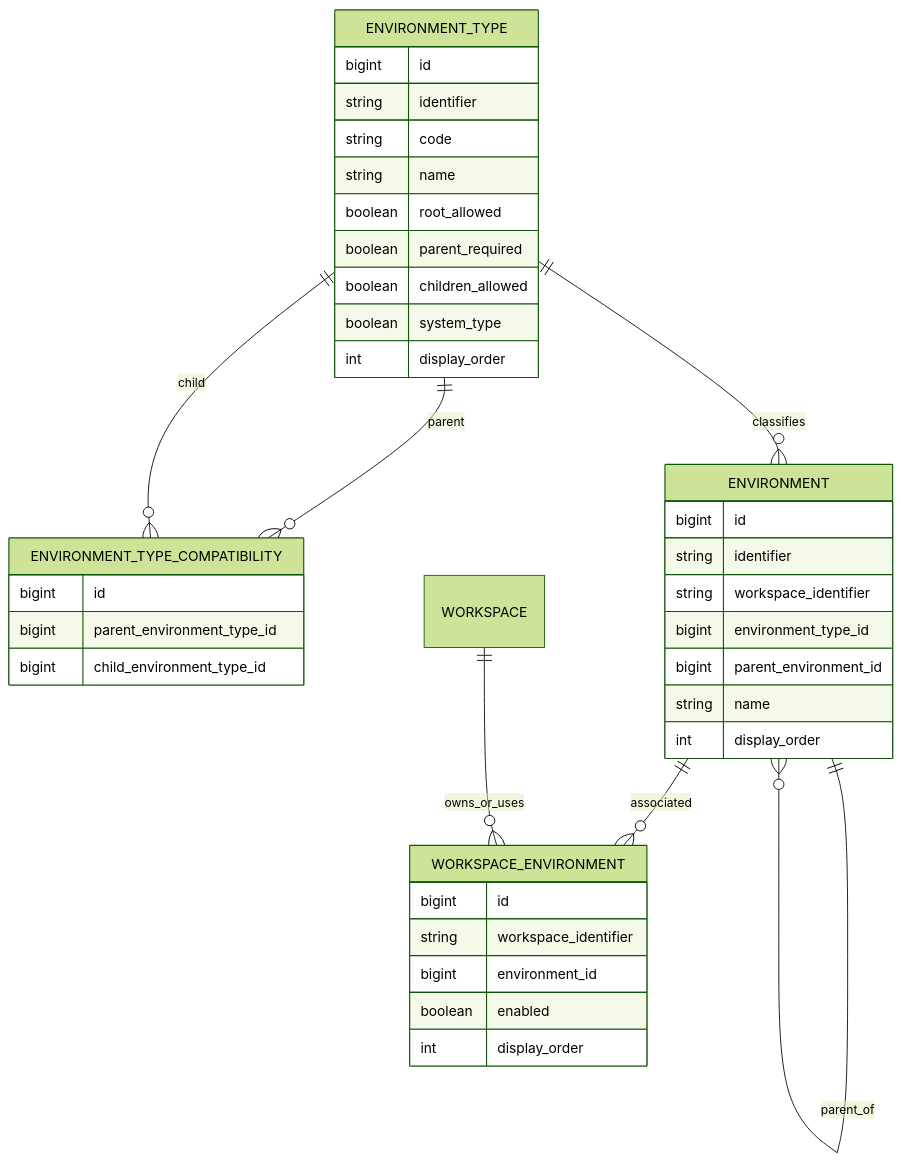
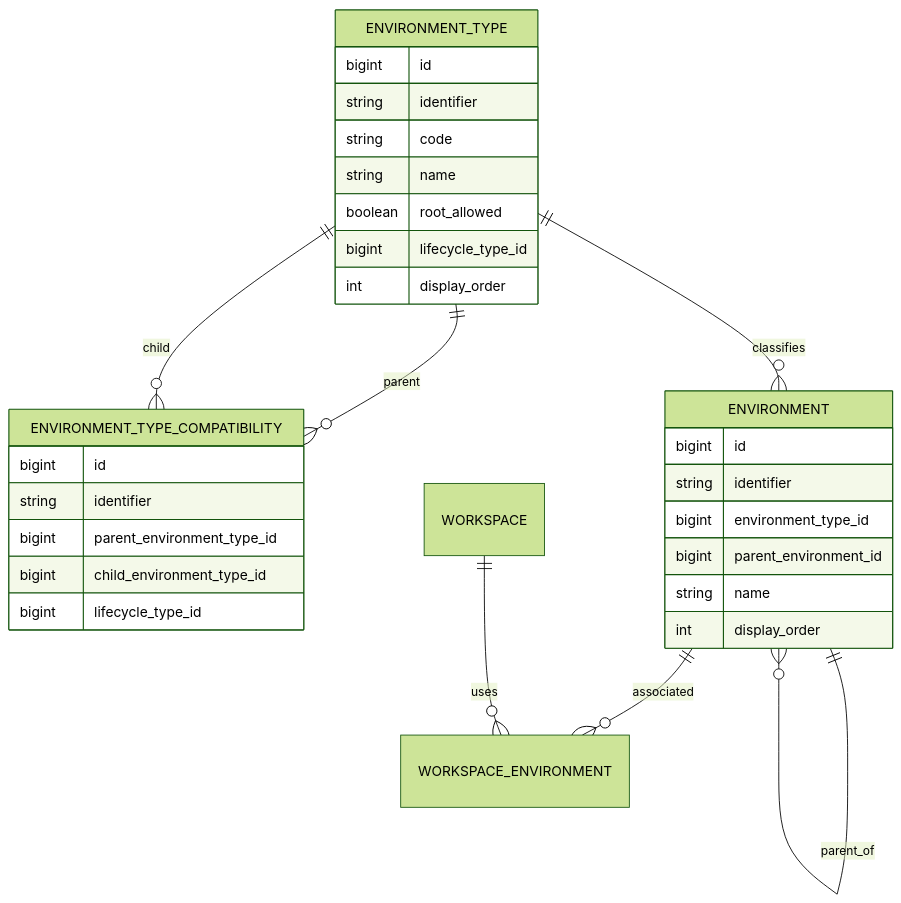
The diagram in docs/refinamento/11-environment/environment-hierarchy_V2.md (BrunoBS/guideline-java), drawn with Mermaid (forest theme) before and after one commit. The commit also changed other lines of this file, not shown here.

Commit message:
docs: simplify environment type compatibility model

````diff
--- a/docs/refinamento/11-environment/environment-hierarchy_V2.md
+++ b/docs/refinamento/11-environment/environment-hierarchy_V2.md
@@ -332,45 +206,34 @@
 ```mermaid
 erDiagram
     ENVIRONMENT_TYPE ||--o{ ENVIRONMENT_TYPE_COMPATIBILITY : parent
     ENVIRONMENT_TYPE ||--o{ ENVIRONMENT_TYPE_COMPATIBILITY : child
     ENVIRONMENT_TYPE ||--o{ ENVIRONMENT : classifies
     ENVIRONMENT ||--o{ ENVIRONMENT : parent_of
     ENVIRONMENT ||--o{ WORKSPACE_ENVIRONMENT : associated
-    WORKSPACE ||--o{ WORKSPACE_ENVIRONMENT : owns_or_uses
+    WORKSPACE ||--o{ WORKSPACE_ENVIRONMENT : uses
 
     ENVIRONMENT_TYPE {
         bigint id
         string identifier
         string code
         string name
         boolean root_allowed
-        boolean parent_required
-        boolean children_allowed
-        boolean system_type
+        bigint lifecycle_type_id
         int display_order
     }
-
     ENVIRONMENT_TYPE_COMPATIBILITY {
         bigint id
+        string identifier
         bigint parent_environment_type_id
         bigint child_environment_type_id
+        bigint lifecycle_type_id
     }
-
     ENVIRONMENT {
         bigint id
         string identifier
-        string workspace_identifier
         bigint environment_type_id
         bigint parent_environment_id
         string name
         int display_order
     }
-
-    WORKSPACE_ENVIRONMENT {
-        bigint id
-        string workspace_identifier
-        bigint environment_id
-        boolean enabled
-        int display_order
-    }
 ```
````
